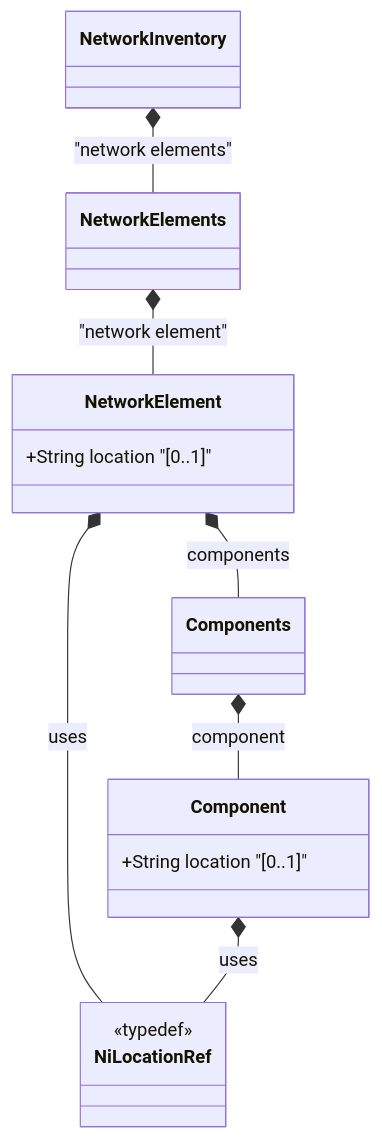
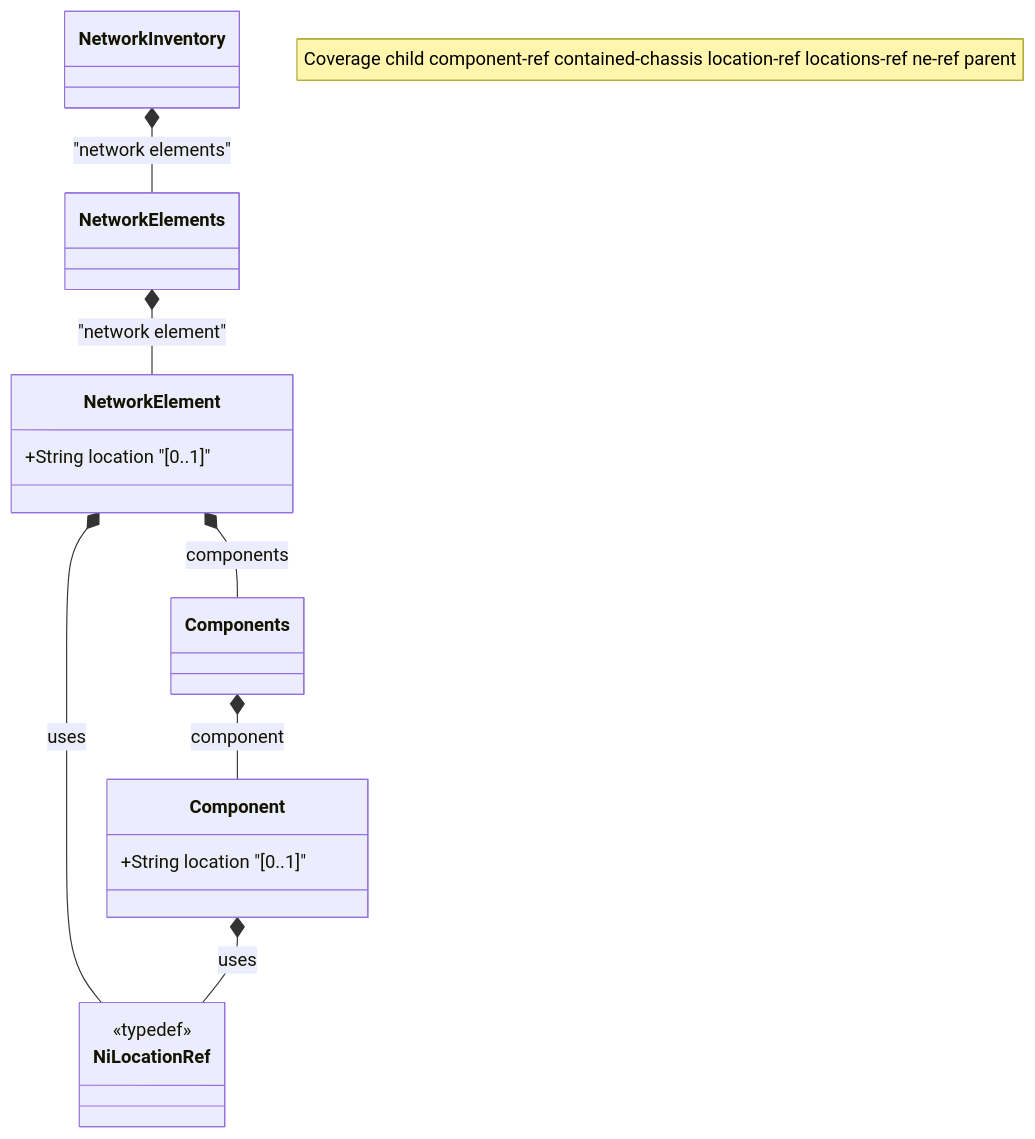
The diagram in docs/features/feat-12-ne-location.md (gintatkinson/3dgs-032), drawn with Mermaid before and after one commit. The commit also changed other lines of this file and 14 other files, not shown here.

````diff
--- a/docs/features/feat-12-ne-location.md
+++ b/docs/features/feat-12-ne-location.md
@@ -22,24 +24,25 @@
 ```mermaid
 classDiagram
+    note "Coverage child component-ref contained-chassis location-ref locations-ref ne-ref parent"
     class NetworkInventory {
     }
     class NetworkElements {
     }
     class NetworkElement {
         +String location "[0..1]"
     }
     class Components {
     }
     class Component {
         +String location "[0..1]"
     }
     class NiLocationRef {
         <<typedef>>
     }
     NetworkInventory *-- NetworkElements : "network elements"
     NetworkElements *-- NetworkElement : "network element"
     NetworkElement *-- Components : components
     Components *-- Component : component
     NetworkElement *-- NiLocationRef : uses
     Component *-- NiLocationRef : uses
 ```
````
